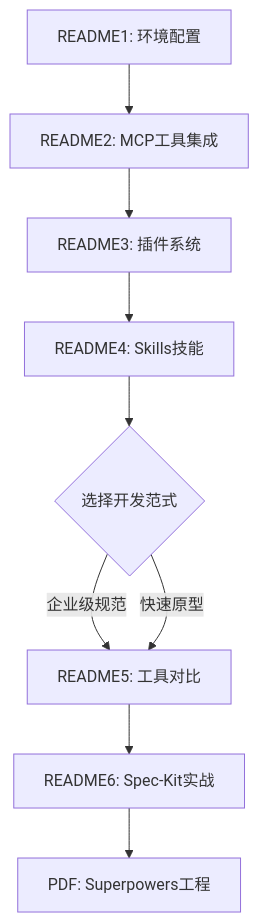
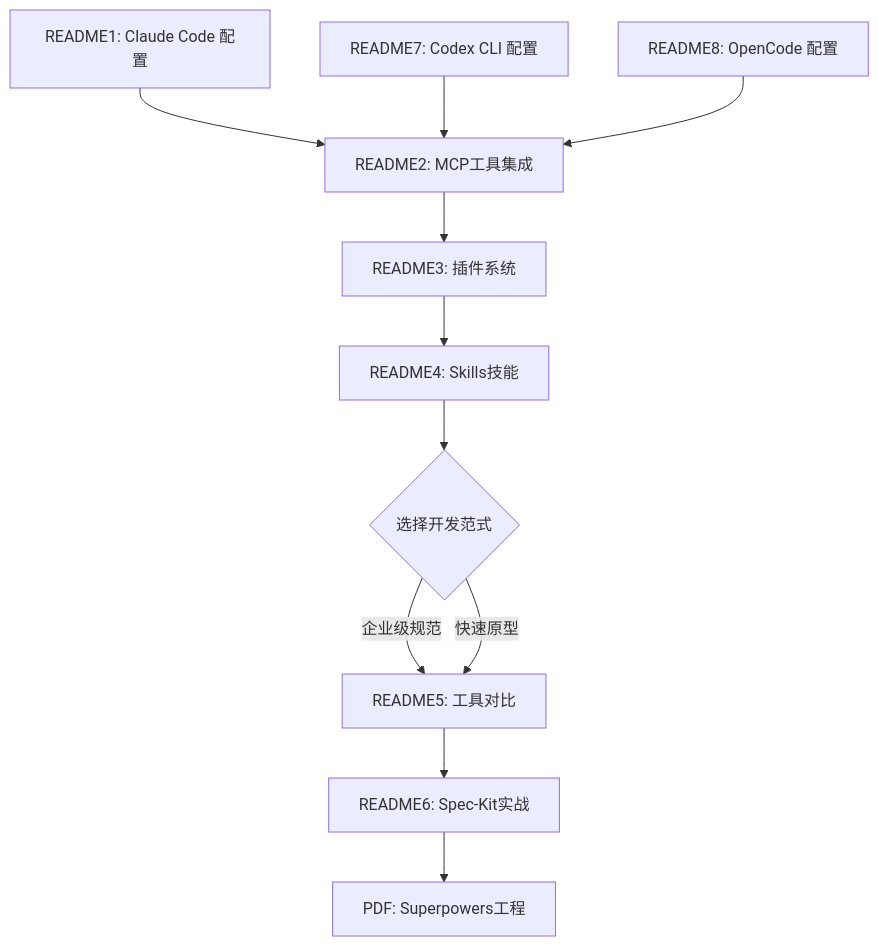
One commit to wb04307201/wb04307201 changed the diagram in note/11.ai/training/lesson7/README.md. Above: the diagram before and after it, drawn with Mermaid. The commit also changed other lines of this file and 8 other files, not shown here.

````diff
--- a/note/11.ai/training/lesson7/README.md
+++ b/note/11.ai/training/lesson7/README.md
@@ -148,11 +171,13 @@
 ```mermaid
 graph TB
-    A[README1: 环境配置] --> B[README2: MCP工具集成]
+    A[README1: Claude Code 配置] --> B[README2: MCP工具集成]
+    A2[README7: Codex CLI 配置] --> B
+    A3[README8: OpenCode 配置] --> B
     B --> C[README3: 插件系统]
     C --> D[README4: Skills技能]
     D --> E{选择开发范式}
     E -->|企业级规范| F[README5: 工具对比]
     E -->|快速原型| F
     F --> G[README6: Spec-Kit实战]
     G --> H[PDF: Superpowers工程]
 ```
````
